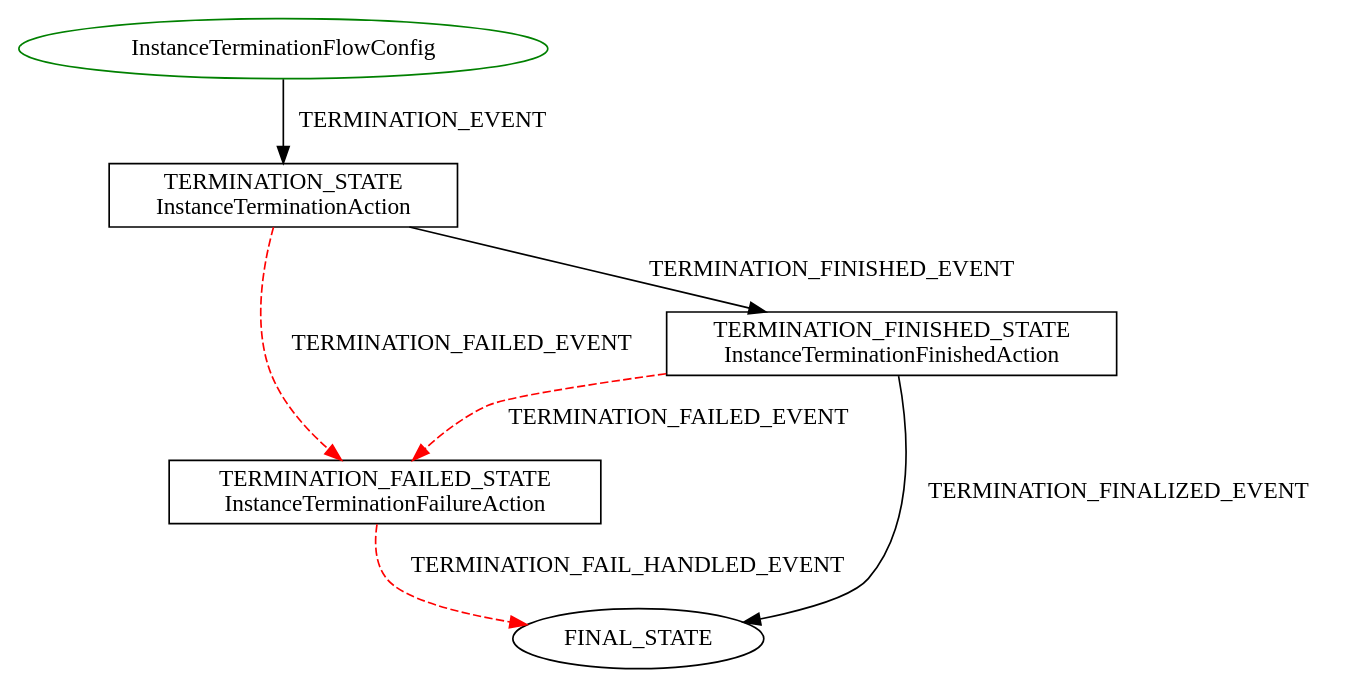
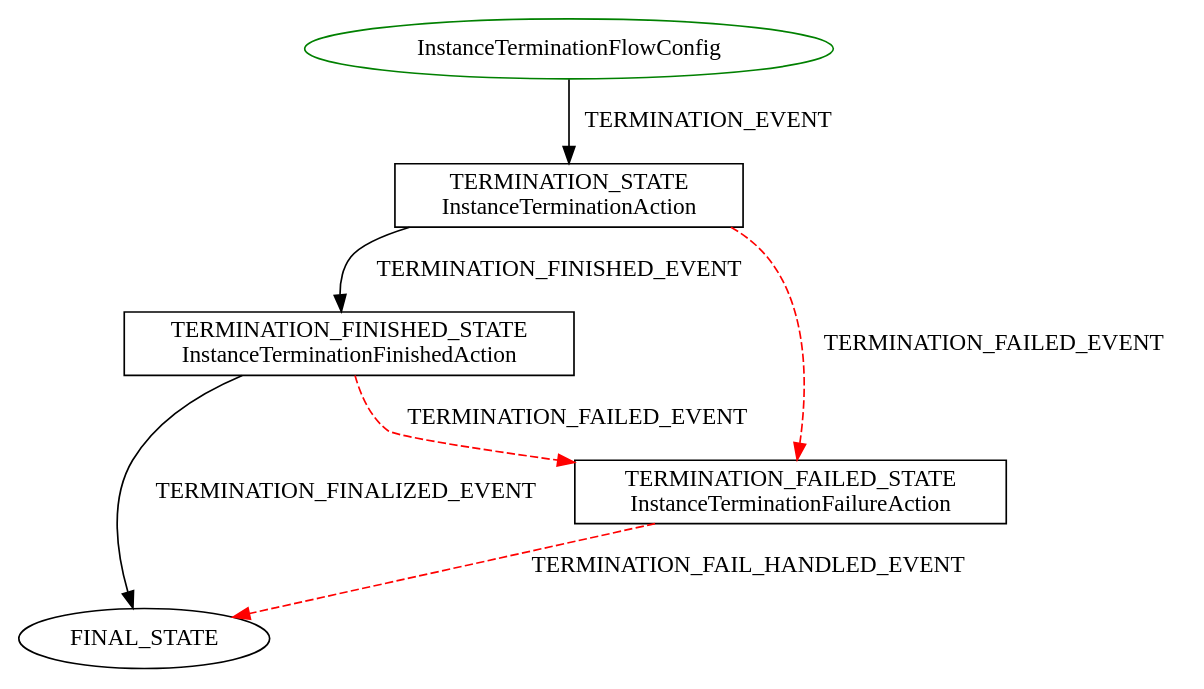
Before and after one commit to wprender/cloudbreak-docs: the diagram in docs/diagrams/InstanceTerminationFlowConfig.dot, drawn with Graphviz. The commit also changed other lines of this file and 10 other files, not shown here.

Commit message:
CLOUD-50456 Stack upscale/downscale with new flow engine, upscale

```diff
--- a/docs/diagrams/InstanceTerminationFlowConfig.dot
+++ b/docs/diagrams/InstanceTerminationFlowConfig.dot
@@ -1,12 +1,12 @@
 digraph {
 INIT_STATE [label="InstanceTerminationFlowConfig" shape=ellipse color=green];
 TERMINATION_STATE [label="TERMINATION_STATE\nInstanceTerminationAction" shape=rect color=black];
 INIT_STATE -> TERMINATION_STATE [label="TERMINATION_EVENT" color=black style=solid];
+TERMINATION_FINISHED_STATE [label="TERMINATION_FINISHED_STATE\nInstanceTerminationFinishedAction" shape=rect color=black];
+TERMINATION_STATE -> TERMINATION_FINISHED_STATE [label="TERMINATION_FINISHED_EVENT" color=black style=solid];
 TERMINATION_FAILED_STATE [label="TERMINATION_FAILED_STATE\nInstanceTerminationFailureAction" shape=rect color=black];
 TERMINATION_STATE -> TERMINATION_FAILED_STATE [label="TERMINATION_FAILED_EVENT" color=red style=dashed];
 TERMINATION_FAILED_STATE -> FINAL_STATE [label="TERMINATION_FAIL_HANDLED_EVENT" color=red style=dashed];
-TERMINATION_FINISHED_STATE [label="TERMINATION_FINISHED_STATE\nInstanceTerminationFinishedAction" shape=rect color=black];
-TERMINATION_STATE -> TERMINATION_FINISHED_STATE [label="TERMINATION_FINISHED_EVENT" color=black style=solid];
+TERMINATION_FINISHED_STATE -> FINAL_STATE [label="TERMINATION_FINALIZED_EVENT" color=black style=solid];
 TERMINATION_FINISHED_STATE -> TERMINATION_FAILED_STATE [label="TERMINATION_FAILED_EVENT" color=red style=dashed];
-TERMINATION_FINISHED_STATE -> FINAL_STATE [label="TERMINATION_FINALIZED_EVENT" color=black style=solid];
 }
```
